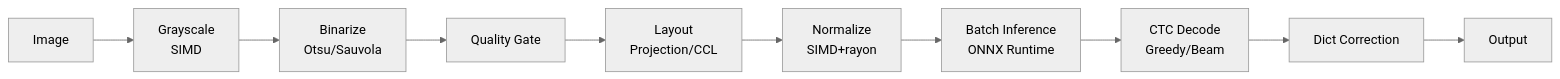
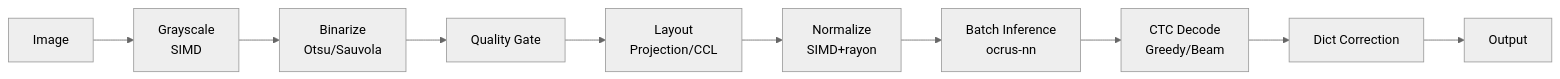
Before and after one commit to owayo/ocrus: the diagram in README.md, drawn with Mermaid (neutral theme). The commit also changed other lines of this file and 6 other files, not shown here.

````diff
--- a/README.md
+++ b/README.md
@@ -115,12 +134,12 @@
 ```mermaid
 flowchart LR
     A[Image] --> B[Grayscale<br/>SIMD]
     B --> C[Binarize<br/>Otsu/Sauvola]
     C --> D[Quality Gate]
     D --> E[Layout<br/>Projection/CCL]
     E --> F[Normalize<br/>SIMD+rayon]
-    F --> G[Batch Inference<br/>ONNX Runtime]
+    F --> G[Batch Inference<br/>ocrus-nn]
     G --> H[CTC Decode<br/>Greedy/Beam]
     H --> I[Dict Correction]
     I --> J[Output]
 ```
````
